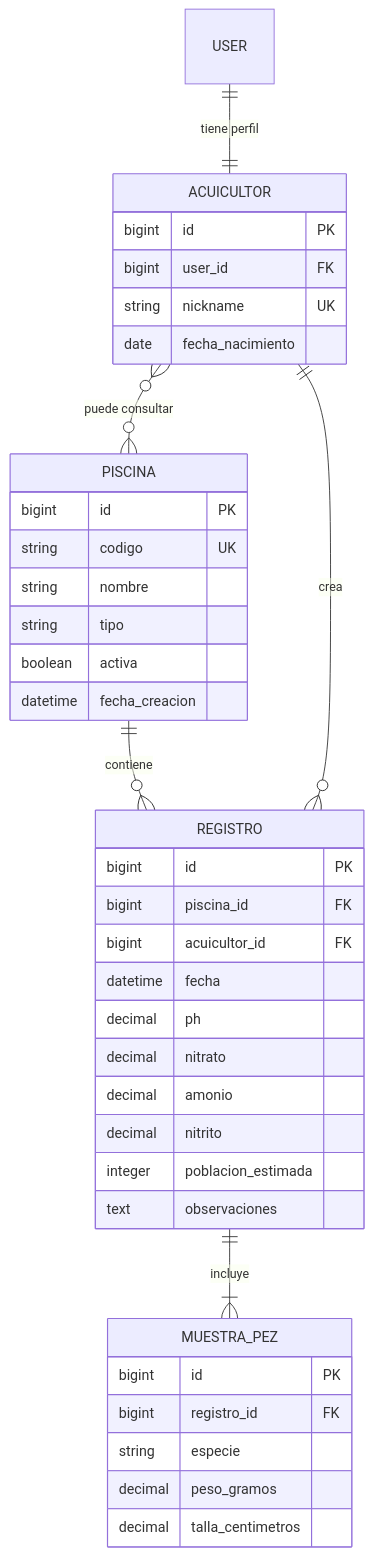
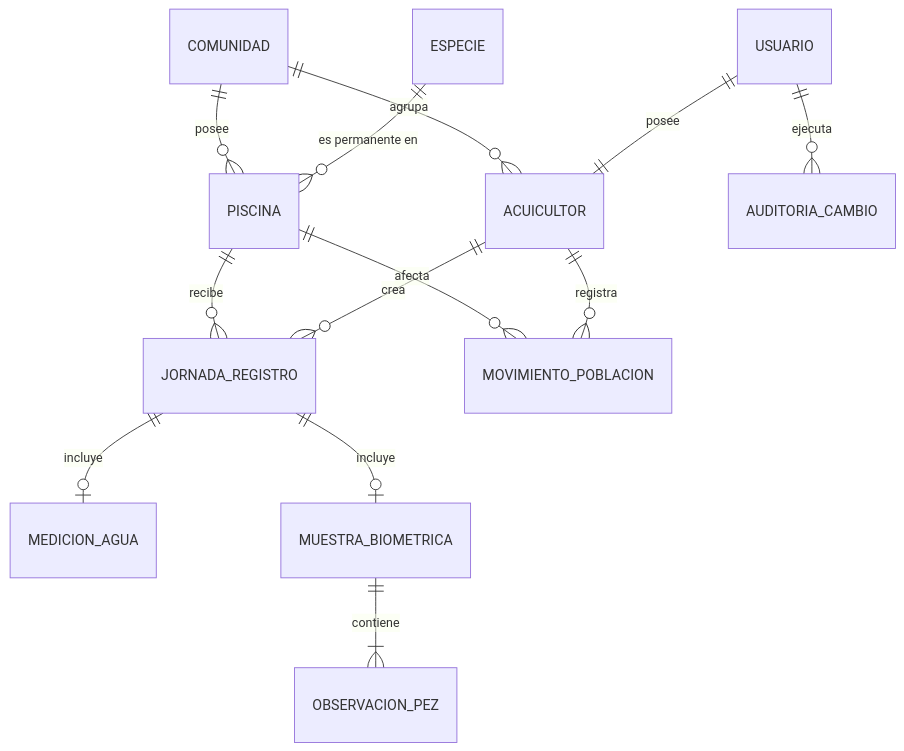
The second of 2 diagrams in ARQUITECTURA.md (S1rGreeN/paitech), drawn with Mermaid before and after one commit. The commit also changed other lines of this file and 32 other files, not shown here.

````diff
--- a/ARQUITECTURA.md
+++ b/ARQUITECTURA.md
@@ -5,45 +12,15 @@
 ```mermaid
 erDiagram
-    USER ||--|| ACUICULTOR : "tiene perfil"
-    ACUICULTOR }o--o{ PISCINA : "puede consultar"
-    PISCINA ||--o{ REGISTRO : "contiene"
-    ACUICULTOR ||--o{ REGISTRO : "crea"
-    REGISTRO ||--|{ MUESTRA_PEZ : "incluye"
-
-    ACUICULTOR {
-        bigint id PK
-        bigint user_id FK
-        string nickname UK
-        date fecha_nacimiento
-    }
-
-    PISCINA {
-        bigint id PK
-        string codigo UK
-        string nombre
-        string tipo
-        boolean activa
-        datetime fecha_creacion
-    }
-
-    REGISTRO {
-        bigint id PK
-        bigint piscina_id FK
-        bigint acuicultor_id FK
-        datetime fecha
-        decimal ph
-        decimal nitrato
-        decimal amonio
-        decimal nitrito
-        integer poblacion_estimada
-        text observaciones
-    }
-
-    MUESTRA_PEZ {
-        bigint id PK
-        bigint registro_id FK
-        string especie
-        decimal peso_gramos
-        decimal talla_centimetros
-    }
+    COMUNIDAD ||--o{ ACUICULTOR : agrupa
+    USUARIO ||--|| ACUICULTOR : posee
+    COMUNIDAD ||--o{ PISCINA : posee
+    ESPECIE ||--o{ PISCINA : "es permanente en"
+    PISCINA ||--o{ JORNADA_REGISTRO : recibe
+    ACUICULTOR ||--o{ JORNADA_REGISTRO : crea
+    JORNADA_REGISTRO ||--o| MEDICION_AGUA : incluye
+    JORNADA_REGISTRO ||--o| MUESTRA_BIOMETRICA : incluye
+    MUESTRA_BIOMETRICA ||--|{ OBSERVACION_PEZ : contiene
+    PISCINA ||--o{ MOVIMIENTO_POBLACION : afecta
+    ACUICULTOR ||--o{ MOVIMIENTO_POBLACION : registra
+    USUARIO ||--o{ AUDITORIA_CAMBIO : ejecuta
 ```
````
